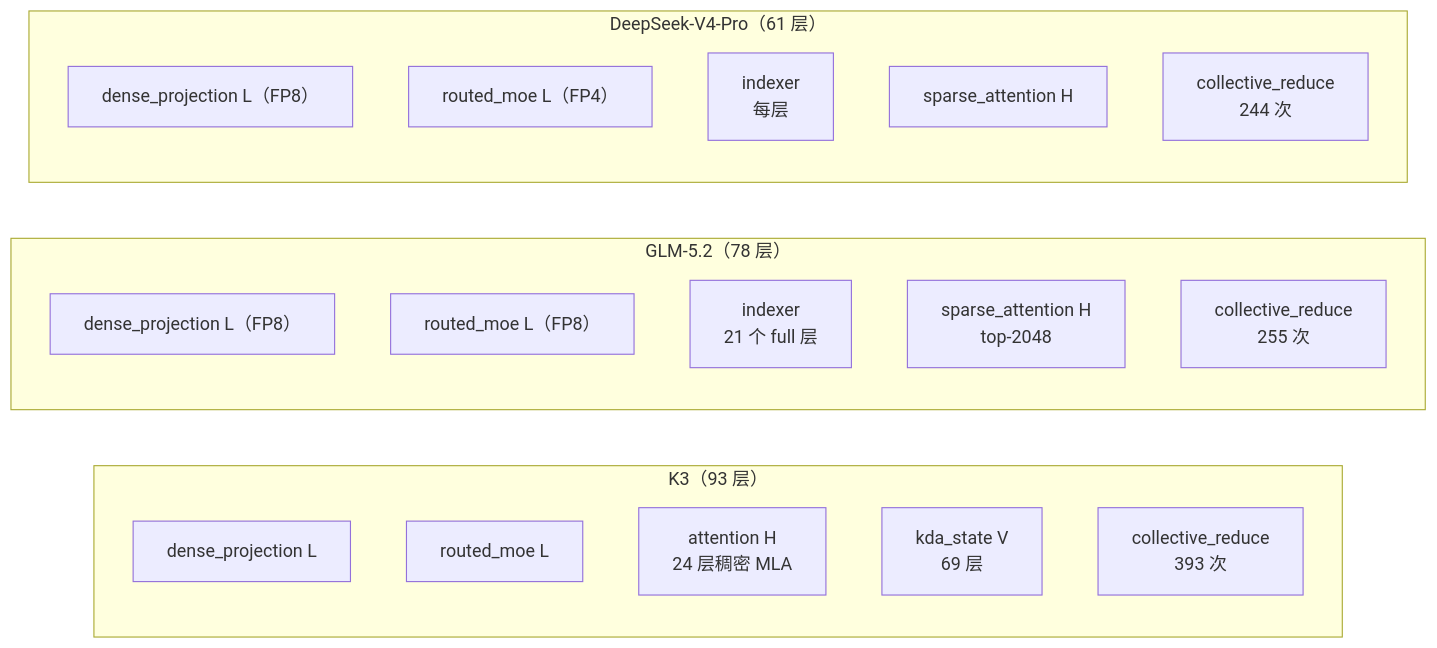
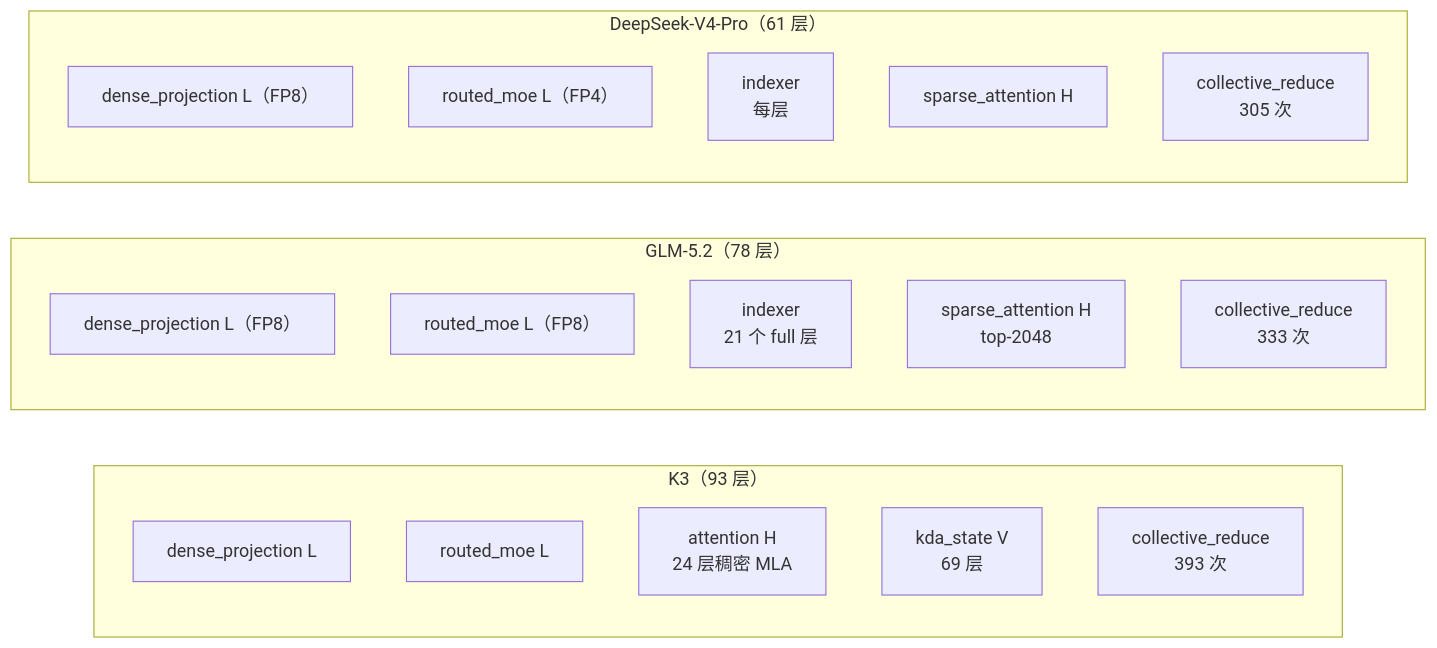
One commit to xqdan/xihu changed the first of 4 diagrams in teams/model/docs/deployment/OPERATOR_LEDGER.md. Above: the diagram before and after it, drawn with Mermaid. The commit also changed 26 other files, not shown here.

````diff
--- a/teams/model/docs/deployment/OPERATOR_LEDGER.md
+++ b/teams/model/docs/deployment/OPERATOR_LEDGER.md
@@ -39,24 +39,24 @@
 ```mermaid
 flowchart LR
   subgraph K3["K3（93 层）"]
     a1["dense_projection L"]
     a2["routed_moe L"]
     a3["attention H<br/>24 层稠密 MLA"]
     a4["kda_state V<br/>69 层"]
     a5["collective_reduce<br/>393 次"]
   end
   subgraph GLM["GLM-5.2（78 层）"]
     b1["dense_projection L（FP8）"]
     b2["routed_moe L（FP8）"]
     b3["indexer<br/>21 个 full 层"]
     b4["sparse_attention H<br/>top-2048"]
-    b5["collective_reduce<br/>255 次"]
+    b5["collective_reduce<br/>333 次"]
   end
   subgraph DS["DeepSeek-V4-Pro（61 层）"]
     c1["dense_projection L（FP8）"]
     c2["routed_moe L（FP4）"]
     c3["indexer<br/>每层"]
     c4["sparse_attention H"]
-    c5["collective_reduce<br/>244 次"]
+    c5["collective_reduce<br/>305 次"]
   end
 ```
````
